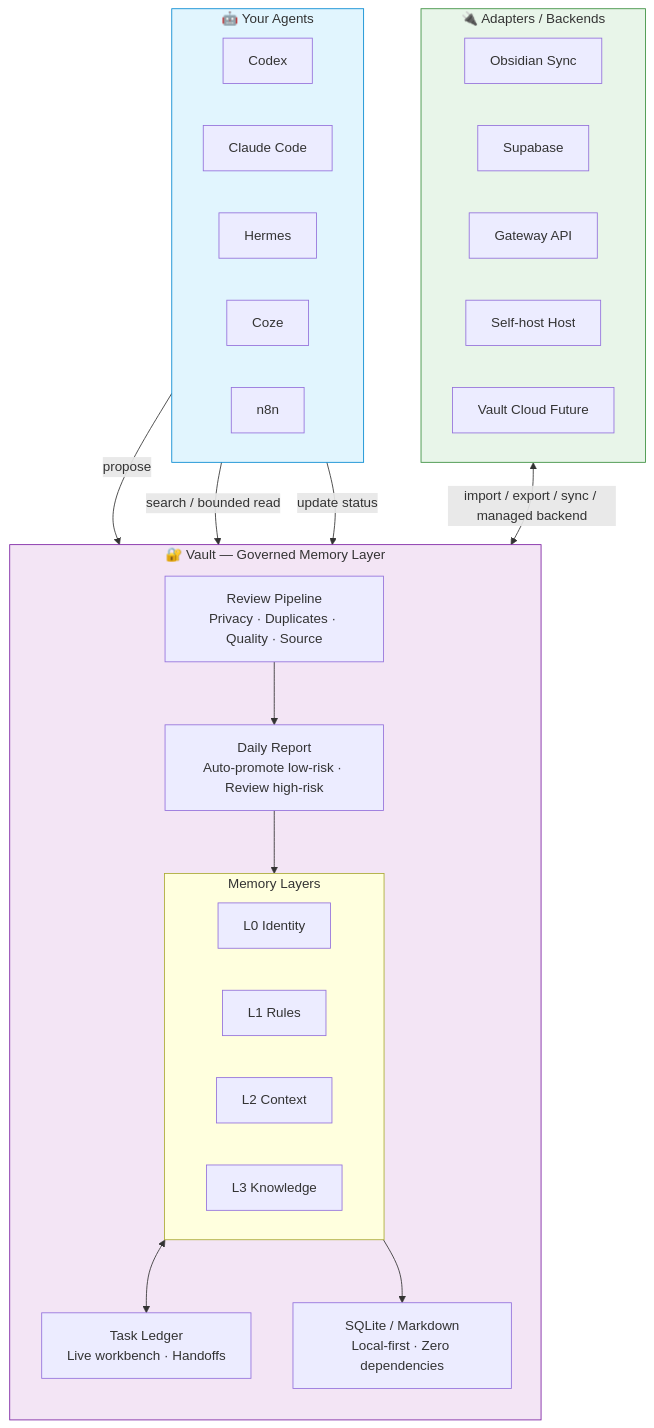
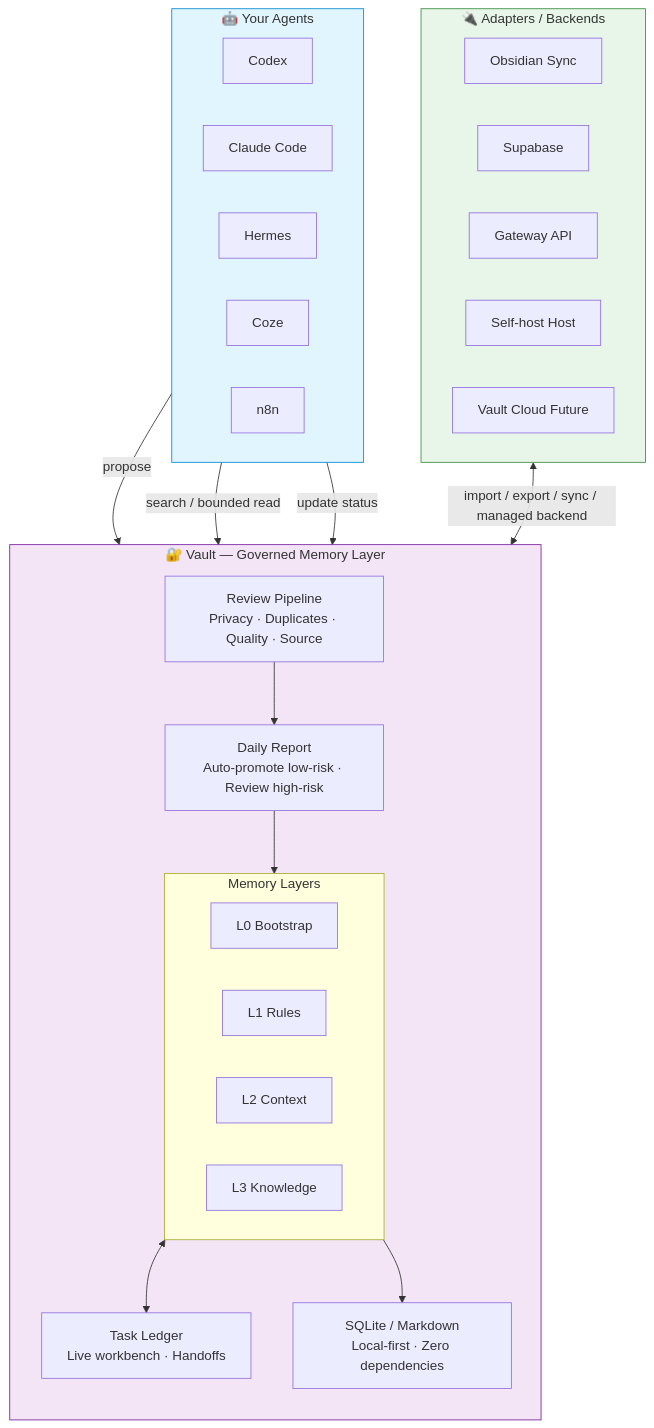
Before and after one commit to zycaskevin/Vault-Agent-Memory: the diagram in README.md, drawn with Mermaid. The commit also changed other lines of this file and 36 other files, not shown here.

````diff
--- a/README.md
+++ b/README.md
@@ -83,45 +83,45 @@
 ```mermaid
 flowchart TB
     subgraph Agents["🤖 Your Agents"]
         C[Codex]
         CL[Claude Code]
         H[Hermes]
         CO[Coze]
         N[n8n]
     end
 
     subgraph Vault["🔐 Vault — Governed Memory Layer"]
         direction TB
         Pipeline["Review Pipeline<br/>Privacy · Duplicates · Quality · Source"]
         Report["Daily Report<br/>Auto-promote low-risk · Review high-risk"]
         subgraph Layers["Memory Layers"]
-            L0["L0 Identity"]
+            L0["L0 Bootstrap"]
             L1["L1 Rules"]
             L2["L2 Context"]
             L3["L3 Knowledge"]
         end
         Ledger["Task Ledger<br/>Live workbench · Handoffs"]
         Storage["SQLite / Markdown<br/>Local-first · Zero dependencies"]
     end
 
     subgraph Adapters["🔌 Adapters / Backends"]
         Obs[Obsidian Sync]
         Sup[Supabase]
         GW[Gateway API]
         SH[Self-host Host]
         VC[Vault Cloud Future]
     end
 
     Agents -->|propose| Pipeline
     Agents -->|search / bounded read| Layers
     Agents -->|update status| Ledger
     Pipeline --> Report
     Report --> Layers
     Layers <--> Ledger
     Layers --> Storage
     Adapters <-->|import / export / sync / managed backend| Vault
 
     style Agents fill:#e1f5fe,stroke:#0288d1
     style Vault fill:#f3e5f5,stroke:#7b1fa2
     style Adapters fill:#e8f5e9,stroke:#388e3c
 ```
````
